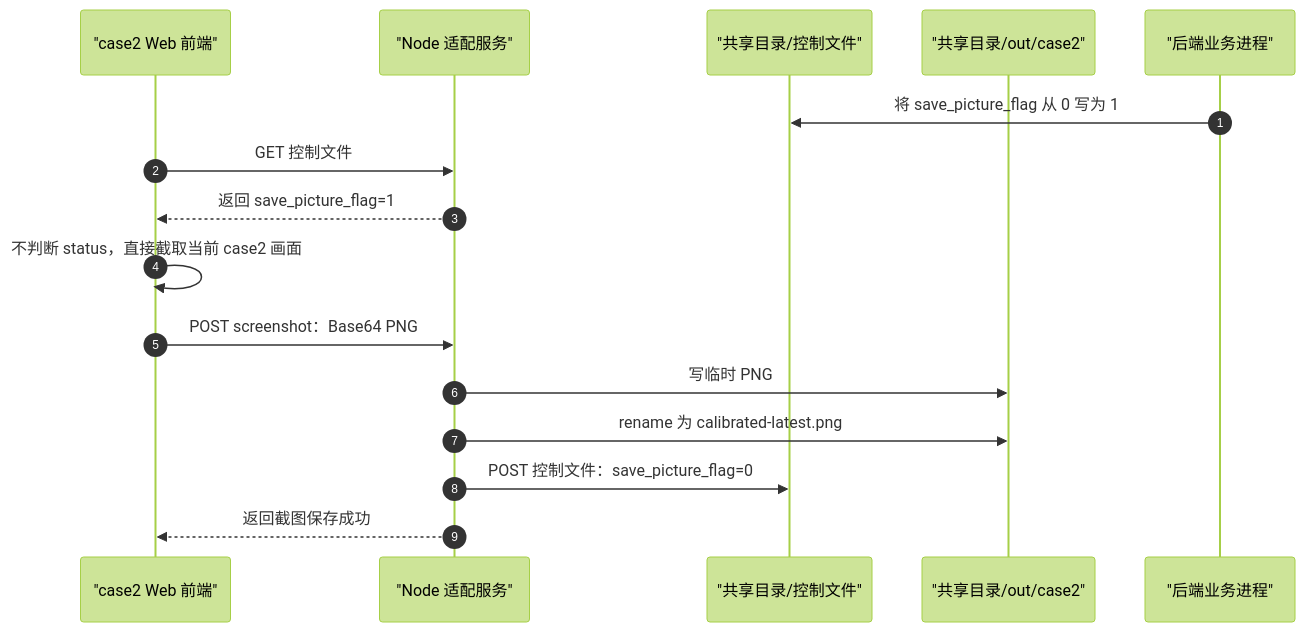
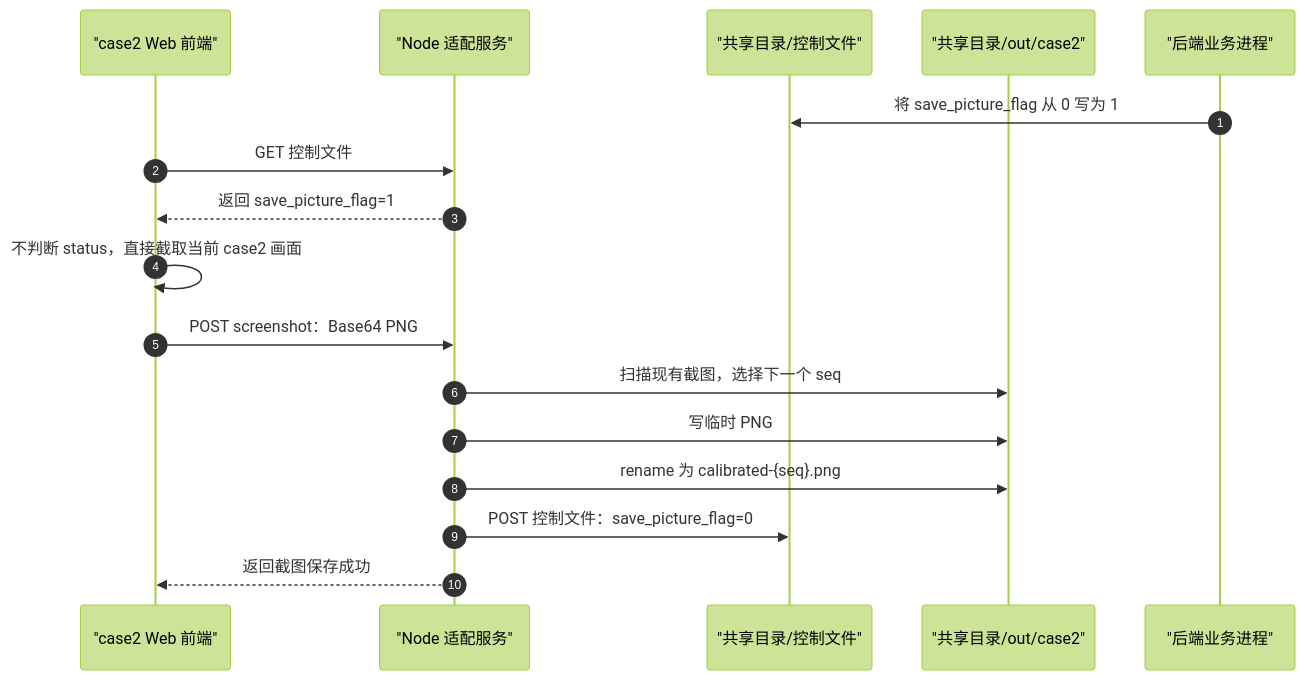
The third of 3 diagrams in doc/case2/API-CONTRACT.md (JackweiStud/2030-DT), drawn with Mermaid (forest theme) before and after one commit. The commit also changed other lines of this file and 5 other files, not shown here.

Commit message:
调整 case2 截图递增命名

````diff
--- a/doc/case2/API-CONTRACT.md
+++ b/doc/case2/API-CONTRACT.md
@@ -110,19 +110,20 @@
 ```mermaid
 sequenceDiagram
   autonumber
   participant Web as "case2 Web 前端"
   participant Node as "Node 适配服务"
   participant Shared as "共享目录/控制文件"
   participant Out as "共享目录/out/case2"
   participant Backend as "后端业务进程"
 
   Backend->>Shared: 将 save_picture_flag 从 0 写为 1
   Web->>Node: GET 控制文件
   Node-->>Web: 返回 save_picture_flag=1
   Web->>Web: 不判断 status，直接截取当前 case2 画面
   Web->>Node: POST screenshot：Base64 PNG
+  Node->>Out: 扫描现有截图，选择下一个 seq
   Node->>Out: 写临时 PNG
-  Node->>Out: rename 为 calibrated-latest.png
+  Node->>Out: rename 为 calibrated-{seq}.png
   Node->>Shared: POST 控制文件：save_picture_flag=0
   Node-->>Web: 返回截图保存成功
 ```
````
